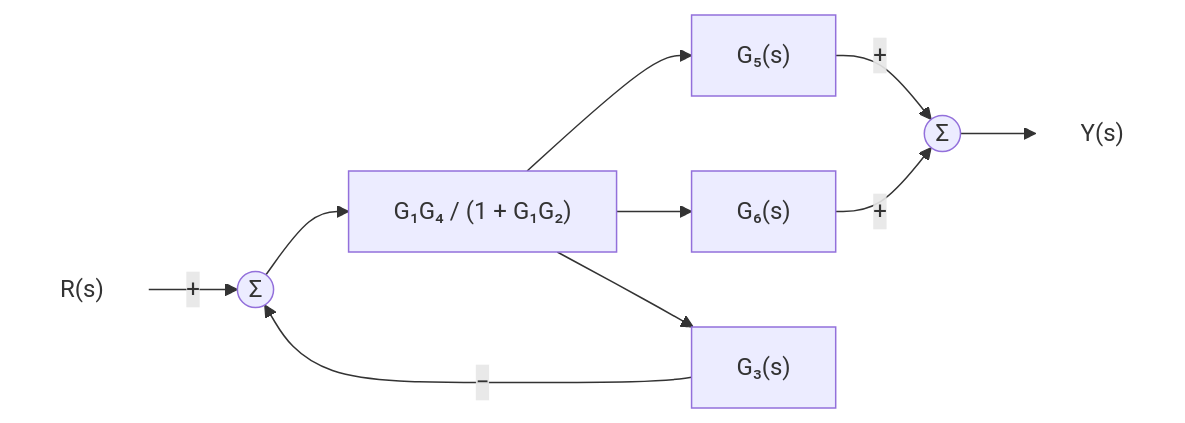
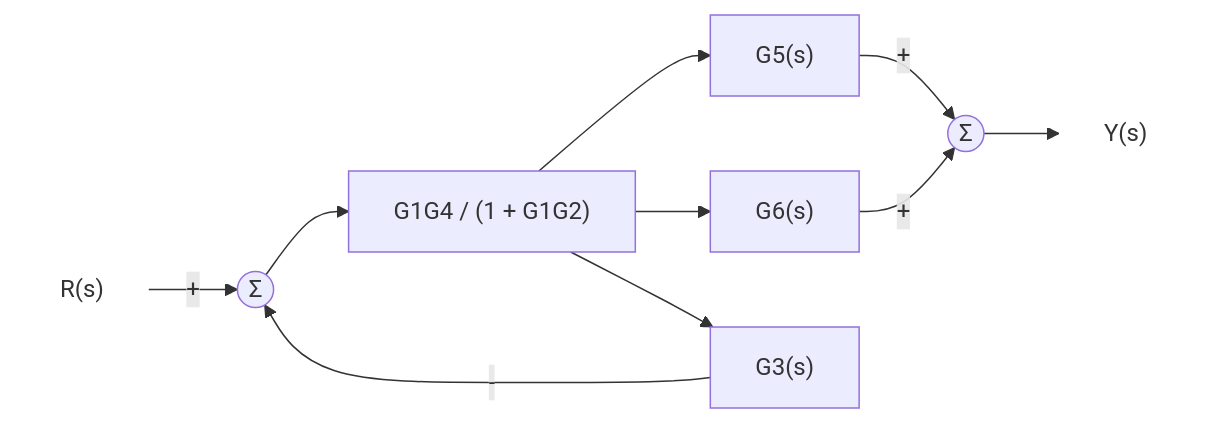
Before and after one commit to Choroning/25Fall_Neural-Network-Control-Systems: diagram 11 of 15 in Lecture-Notes/Week05_Control-System-Modeling-II/Concepts_Lecture.md, drawn with Mermaid. The commit also changed other lines of this file and 25 other files, not shown here.

````diff
--- a/Lecture-Notes/Week05_Control-System-Modeling-II/Concepts_Lecture.md
+++ b/Lecture-Notes/Week05_Control-System-Modeling-II/Concepts_Lecture.md
@@ -838,14 +840,14 @@
 ```mermaid
 flowchart LR
-  R["R(s)"] -->|"+"| S1(("Σ"))
-  S1 --> GA["G₁G₄ / (1 + G₁G₂)"]
-  GA --> G5["G₅(s)"]
-  GA --> G6["G₆(s)"]
-  GA --> G3["G₃(s)"]
-  G3 -->|"−"| S1
-  G5 -->|"+"| S3(("Σ"))
-  G6 -->|"+"| S3
+  R["R(s)"] -->|"#43;"| S1(("Σ"))
+  S1 --> GA["G1G4 / (1 + G1G2)"]
+  GA --> G5["G5(s)"]
+  GA --> G6["G6(s)"]
+  GA --> G3["G3(s)"]
+  G3 -->|"#45;"| S1
+  G5 -->|"#43;"| S3(("Σ"))
+  G6 -->|"#43;"| S3
   S3 --> Y["Y(s)"]
   classDef sig fill:none,stroke:none;
   class R,Y sig;
 ```
````
